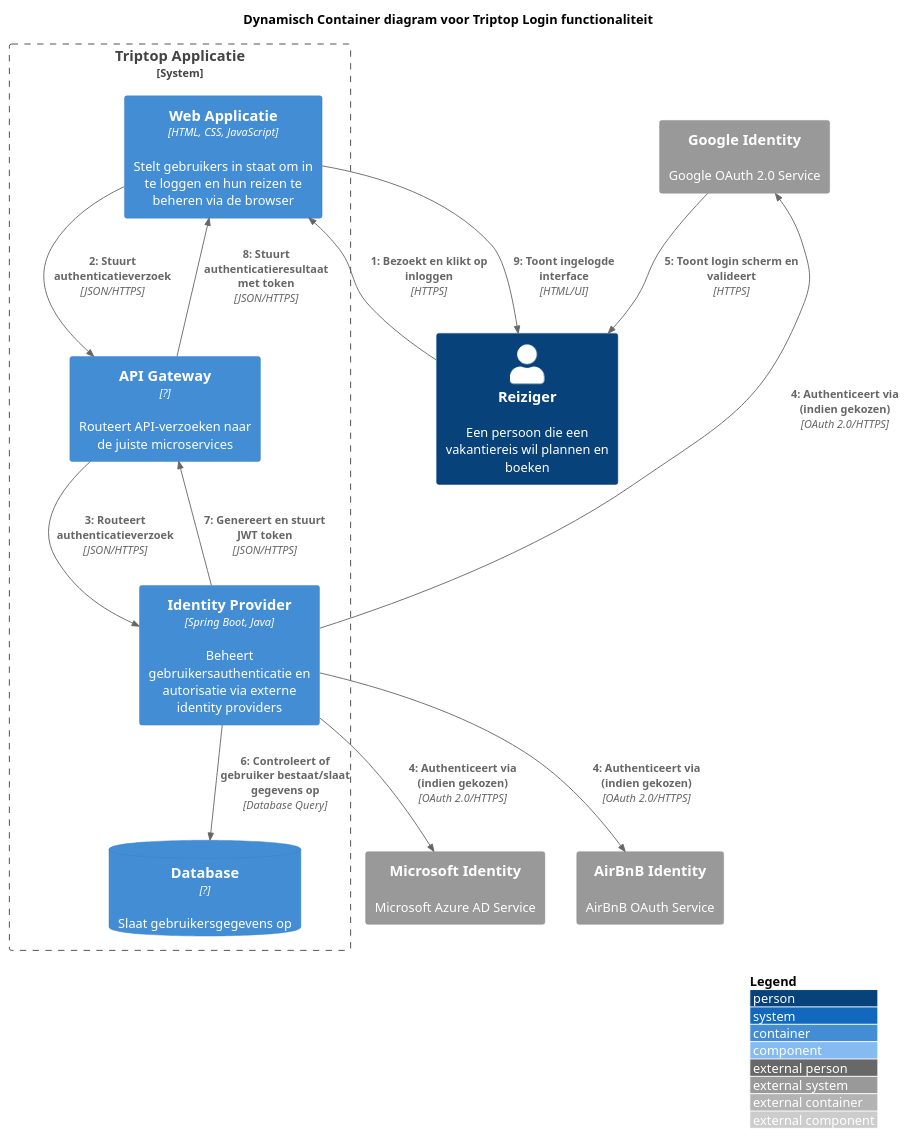
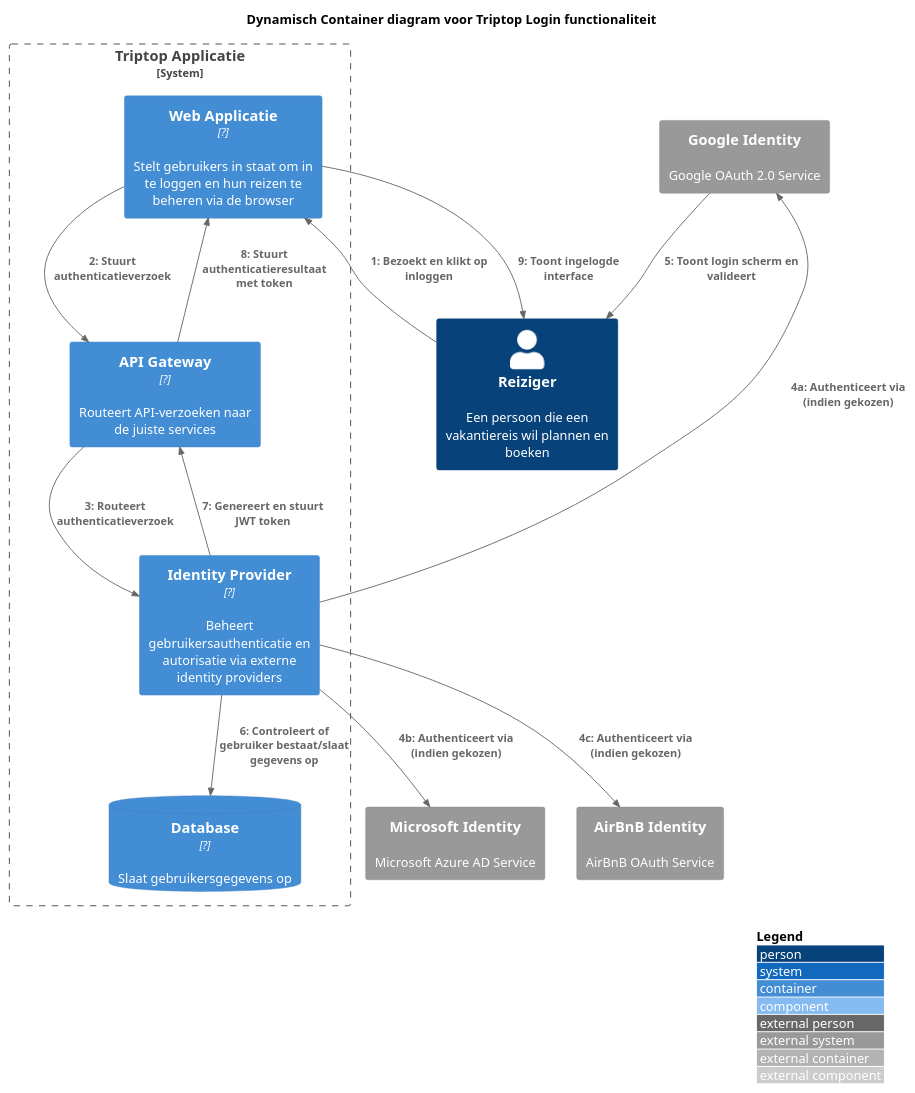
The diagram in oefeningen/logincontainer.puml (AIM-ENE-feb25/triptop-groep-5), drawn with PlantUML before and after one commit.

```diff
--- a/oefeningen/logincontainer.puml
+++ b/oefeningen/logincontainer.puml
@@ -1,38 +1,38 @@
 @startuml "Triptop Login - Herzien Dynamisch Container Diagram"
 !include https://raw.githubusercontent.com/plantuml-stdlib/C4-PlantUML/master/C4_Container.puml
 !include https://raw.githubusercontent.com/plantuml-stdlib/C4-PlantUML/master/C4_Dynamic.puml
 
 LAYOUT_WITH_LEGEND()
 
 title Dynamisch Container diagram voor Triptop Login functionaliteit
 
 Person(reiziger, "Reiziger", "Een persoon die een vakantiereis wil plannen en boeken")
 
 System_Boundary(triptopSysteem, "Triptop Applicatie") {
-    Container(webApp, "Web Applicatie", "HTML, CSS, JavaScript", "Stelt gebruikers in staat om in te loggen en hun reizen te beheren via de browser")
+    Container(webApp, "Web Applicatie", "?", "Stelt gebruikers in staat om in te loggen en hun reizen te beheren via de browser")
 
-    Container(apiGateway, "API Gateway", "?", "Routeert API-verzoeken naar de juiste microservices")
+    Container(apiGateway, "API Gateway", "?", "Routeert API-verzoeken naar de juiste services")
 
-    Container(identityProvider, "Identity Provider", "Spring Boot, Java", "Beheert gebruikersauthenticatie en autorisatie via externe identity providers")
+    Container(identityProvider, "Identity Provider", "?", "Beheert gebruikersauthenticatie en autorisatie via externe identity providers")
 
     ContainerDb(Db, "Database", "?", "Slaat gebruikersgegevens op")
 }
 
-System_Ext(googleIdentity, "Google Identity", "Google OAuth 2.0 Service")
 System_Ext(microsoftIdentity, "Microsoft Identity", "Microsoft Azure AD Service")
 System_Ext(airbnbIdentity, "AirBnB Identity", "AirBnB OAuth Service")
+System_Ext(googleIdentity, "Google Identity", "Google OAuth 2.0 Service")
 
 ' Dynamische interacties met nummering om de volgorde aan te geven
-RelIndex(1, reiziger, webApp, "Bezoekt en klikt op inloggen", "HTTPS")
-RelIndex(2, webApp, apiGateway, "Stuurt authenticatieverzoek", "JSON/HTTPS")
-RelIndex(3, apiGateway, identityProvider, "Routeert authenticatieverzoek", "JSON/HTTPS")
-RelIndex(4, identityProvider, googleIdentity, "Authenticeert via (indien gekozen)", "OAuth 2.0/HTTPS")
-RelIndex(4, identityProvider, microsoftIdentity, "Authenticeert via (indien gekozen)", "OAuth 2.0/HTTPS")
-RelIndex(4, identityProvider, airbnbIdentity, "Authenticeert via (indien gekozen)", "OAuth 2.0/HTTPS")
-RelIndex(5, googleIdentity, reiziger, "Toont login scherm en valideert", "HTTPS")
-RelIndex(6, identityProvider, Db, "Controleert of gebruiker bestaat/slaat gegevens op", "Database Query")
-RelIndex(7, identityProvider, apiGateway, "Genereert en stuurt JWT token", "JSON/HTTPS")
-RelIndex(8, apiGateway, webApp, "Stuurt authenticatieresultaat met token", "JSON/HTTPS")
-RelIndex(9, webApp, reiziger, "Toont ingelogde interface", "HTML/UI")
+RelIndex(1, reiziger, webApp, "Bezoekt en klikt op inloggen")
+RelIndex(2, webApp, apiGateway, "Stuurt authenticatieverzoek")
+RelIndex(3, apiGateway, identityProvider, "Routeert authenticatieverzoek")
+RelIndex(4a, identityProvider, googleIdentity, "Authenticeert via (indien gekozen)")
+RelIndex(4b, identityProvider, microsoftIdentity, "Authenticeert via (indien gekozen)")
+RelIndex(4c, identityProvider, airbnbIdentity, "Authenticeert via (indien gekozen)")
+RelIndex(5, googleIdentity, reiziger, "Toont login scherm en valideert")
+RelIndex(6, identityProvider, Db, "Controleert of gebruiker bestaat/slaat gegevens op")
+RelIndex(7, identityProvider, apiGateway, "Genereert en stuurt JWT token")
+RelIndex(8, apiGateway, webApp, "Stuurt authenticatieresultaat met token")
+RelIndex(9, webApp, reiziger, "Toont ingelogde interface")
 
 @enduml
```
